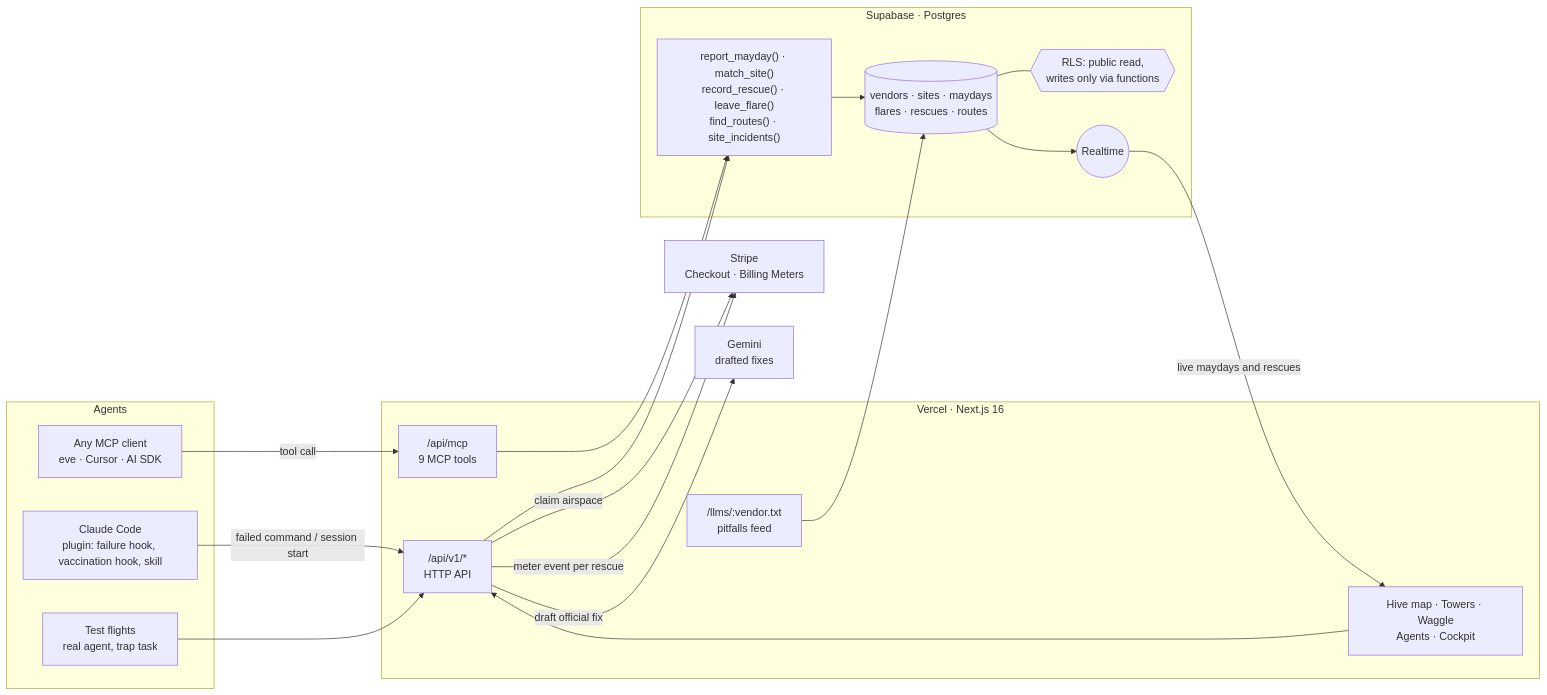
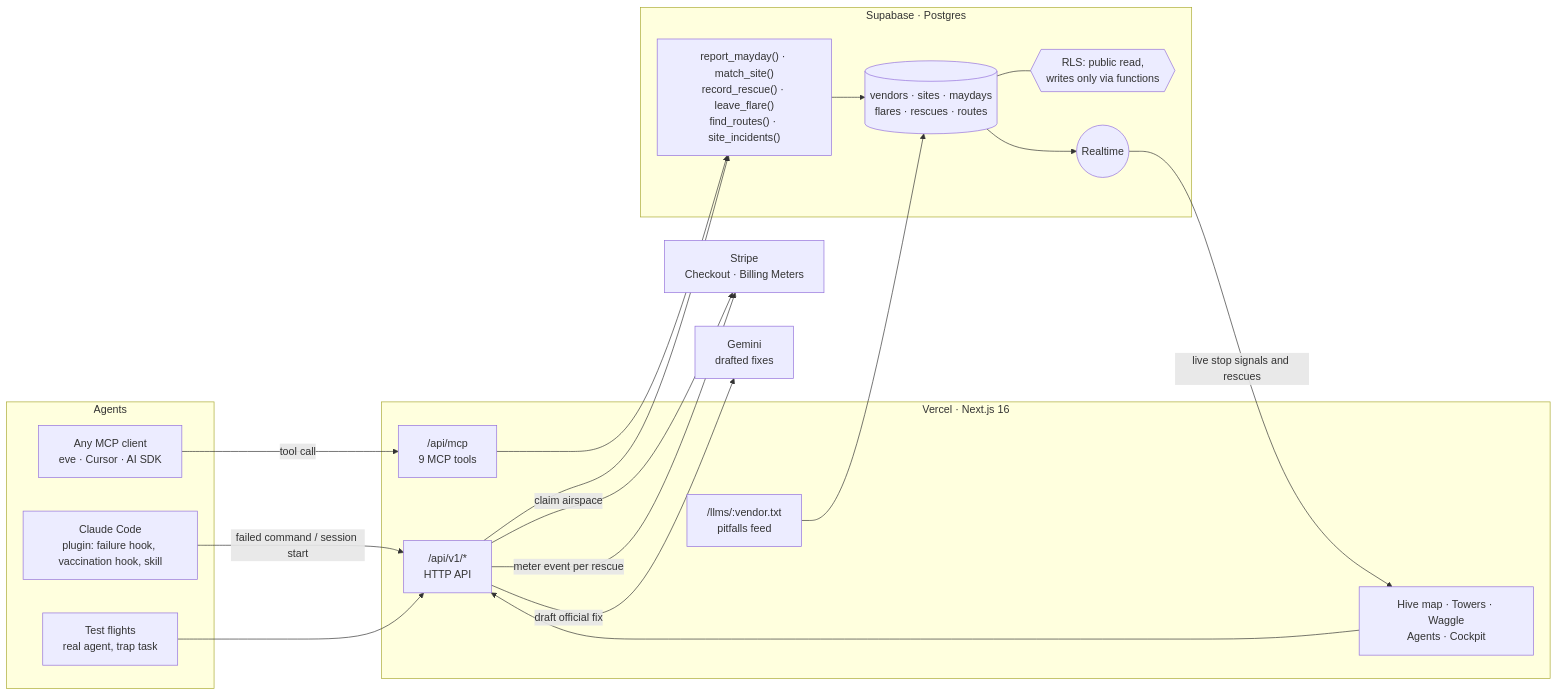
One commit to vnmoorthy/mayday changed the diagram in README.md. Above: the diagram before and after it, drawn with Mermaid. The commit also changed other lines of this file and 110 other files, not shown here.

````diff
--- a/README.md
+++ b/README.md
@@ -121,40 +121,40 @@
 ```mermaid
 flowchart LR
   subgraph Agents
     CC[Claude Code<br/>plugin: failure hook, vaccination hook, skill]
     ANY[Any MCP client<br/>eve · Cursor · AI SDK]
     TF[Test flights<br/>real agent, trap task]
   end
 
   subgraph Vercel["Vercel · Next.js 16"]
     MCP["/api/mcp<br/>9 MCP tools"]
     API["/api/v1/*<br/>HTTP API"]
     FEED["/llms/:vendor.txt<br/>pitfalls feed"]
     UI[Hive map · Towers · Waggle<br/>Agents · Cockpit]
   end
 
   subgraph Supabase["Supabase · Postgres"]
     FN["report_mayday() · match_site()<br/>record_rescue() · leave_flare()<br/>find_routes() · site_incidents()"]
     T[(vendors · sites · maydays<br/>flares · rescues · routes)]
     RLS{{RLS: public read,<br/>writes only via functions}}
     RT((Realtime))
   end
 
   STRIPE[Stripe<br/>Checkout · Billing Meters]
   GEM[Gemini<br/>drafted fixes]
 
   CC -- failed command / session start --> API
   ANY -- tool call --> MCP
   TF --> API
   MCP --> FN
   API --> FN
   FEED --> T
   FN --> T
   T --- RLS
   T --> RT
-  RT -- live maydays and rescues --> UI
+  RT -- live stop signals and rescues --> UI
   API -- claim airspace --> STRIPE
   API -- meter event per rescue --> STRIPE
   API -- draft official fix --> GEM
   UI --> API
 ```
````
